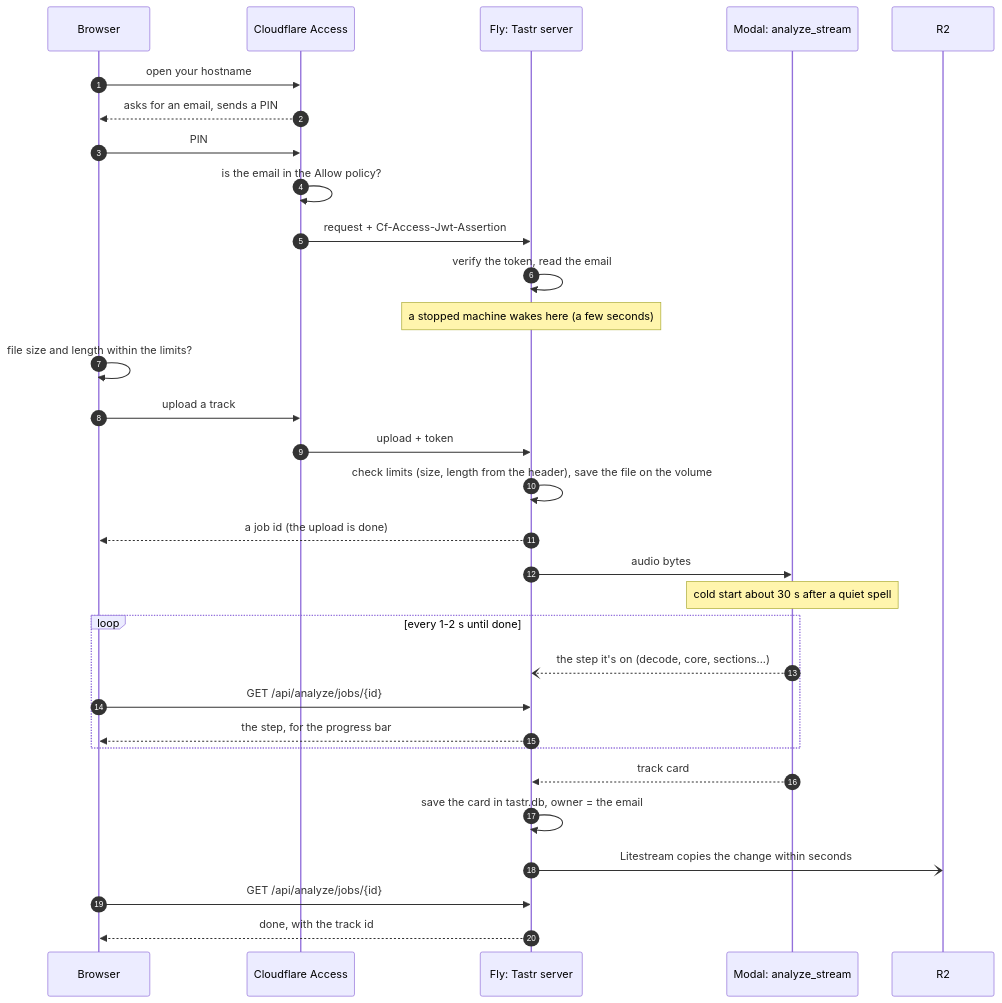
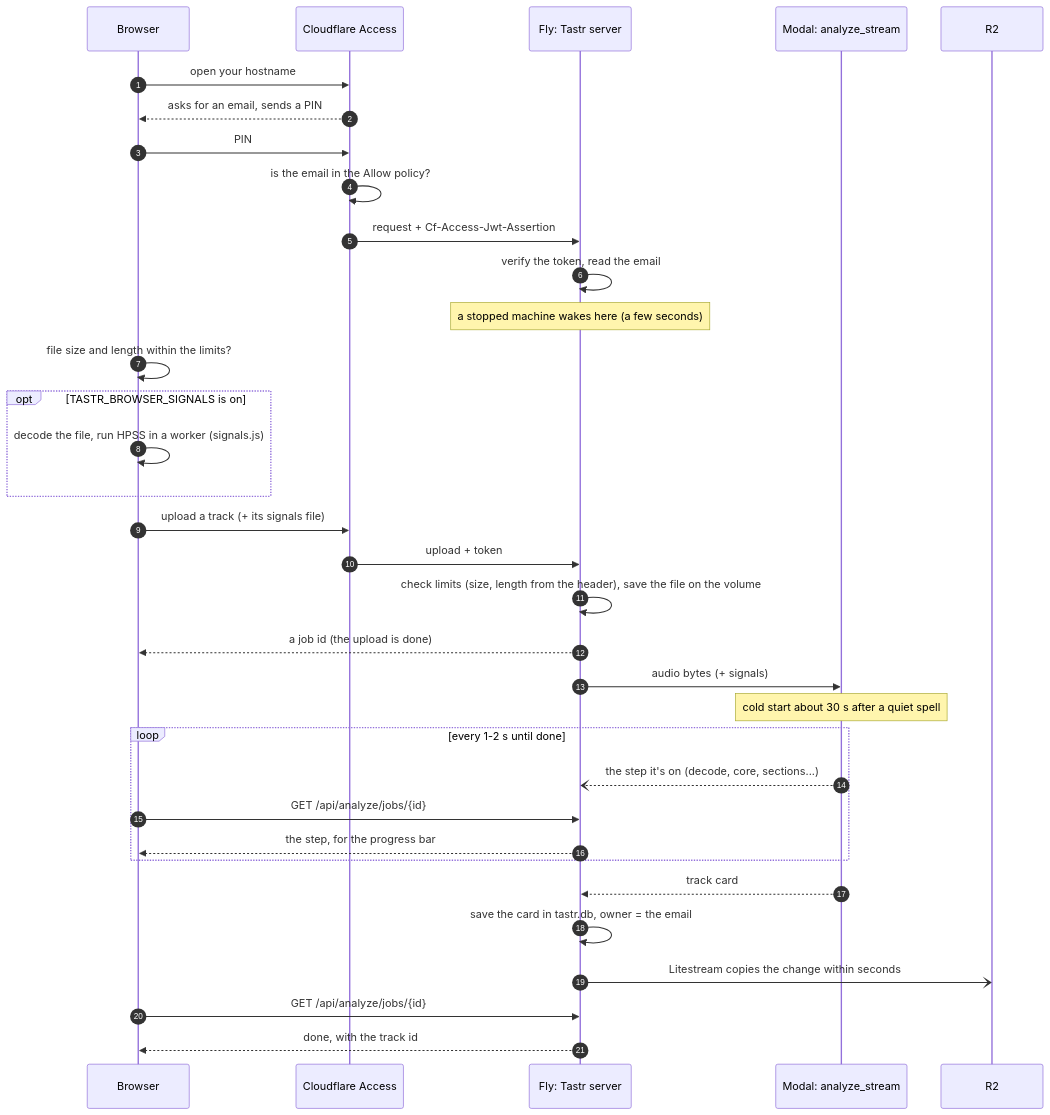
One commit to pocketIlmatto/tastr changed the second of 2 diagrams in docs/hosting-map.md. Above: the diagram before and after it, drawn with Mermaid. The commit also changed other lines of this file and 18 other files, not shown here.

First line of the commit message:
Optional browser HPSS: the page runs it before uploading (TASTR_BROWSER_SIGNALS) (#35)

````diff
--- a/docs/hosting-map.md
+++ b/docs/hosting-map.md
@@ -67,33 +67,36 @@
 ```mermaid
 sequenceDiagram
   autonumber
   participant B as Browser
   participant C as Cloudflare Access
   participant W as Fly: Tastr server
   participant M as Modal: analyze_stream
   participant R as R2
   B->>C: open your hostname
   C-->>B: asks for an email, sends a PIN
   B->>C: PIN
   C->>C: is the email in the Allow policy?
   C->>W: request + Cf-Access-Jwt-Assertion
   W->>W: verify the token, read the email
   Note over W: a stopped machine wakes here (a few seconds)
   B->>B: file size and length within the limits?
-  B->>C: upload a track
+  opt TASTR_BROWSER_SIGNALS is on
+    B->>B: decode the file, run HPSS in a worker (signals.js)
+  end
+  B->>C: upload a track (+ its signals file)
   C->>W: upload + token
   W->>W: check limits (size, length from the header), save the file on the volume
   W-->>B: a job id (the upload is done)
-  W->>M: audio bytes
+  W->>M: audio bytes (+ signals)
   Note over M: cold start about 30 s after a quiet spell
   loop every 1-2 s until done
     M--)W: the step it's on (decode, core, sections...)
     B->>W: GET /api/analyze/jobs/{id}
     W-->>B: the step, for the progress bar
   end
   M-->>W: track card
   W->>W: save the card in tastr.db, owner = the email
   W-)R: Litestream copies the change within seconds
   B->>W: GET /api/analyze/jobs/{id}
   W-->>B: done, with the track id
 ```
````
